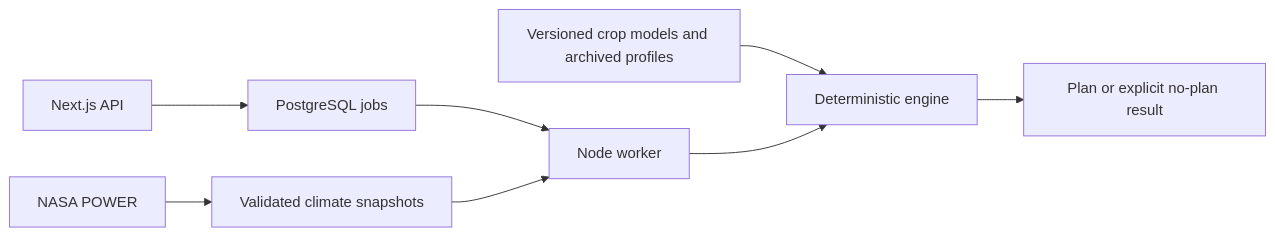
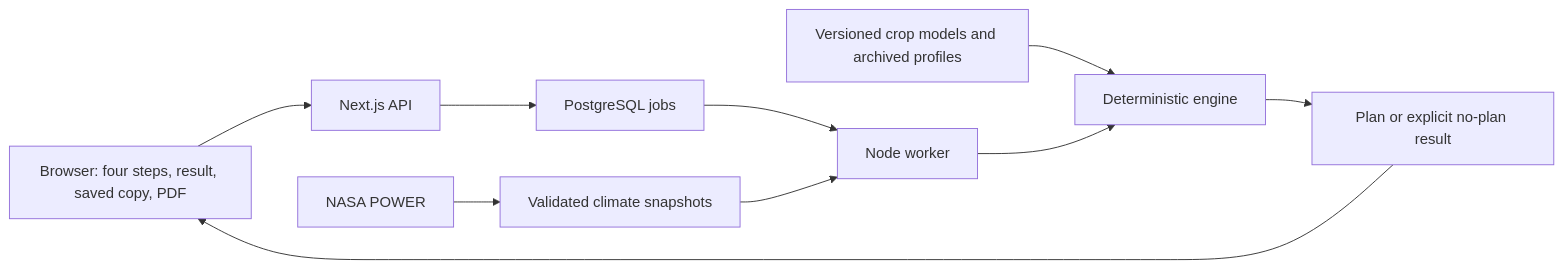
One commit to Quantomz/gilir changed the diagram in README.md. Above: the diagram before and after it, drawn with Mermaid. The commit also changed other lines of this file and 2 other files, not shown here.

````diff
--- a/README.md
+++ b/README.md
@@ -172,10 +203,12 @@
 ```mermaid
 flowchart LR
-    API[Next.js API] --> Jobs[PostgreSQL jobs]
+    Browser[Browser: four steps, result, saved copy, PDF] --> API[Next.js API]
+    API --> Jobs[PostgreSQL jobs]
     Jobs --> Worker[Node worker]
     NASA[NASA POWER] --> Cache[Validated climate snapshots]
     Cache --> Worker
     Models[Versioned crop models and archived profiles] --> Engine[Deterministic engine]
     Worker --> Engine
     Engine --> Result[Plan or explicit no-plan result]
+    Result --> Browser
 ```
````
